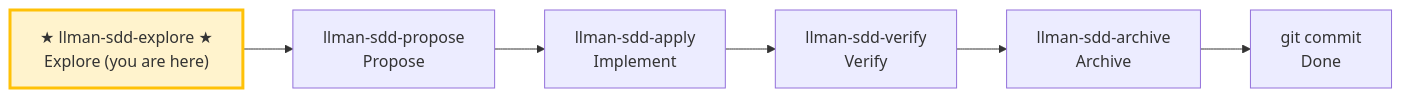
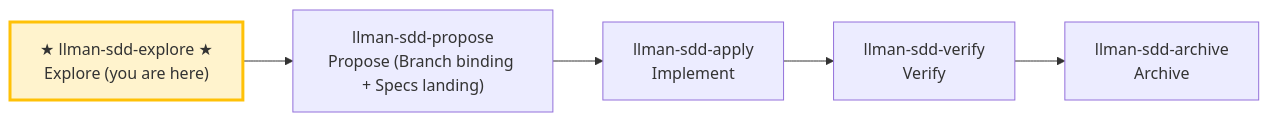
One commit to StrayDragon/dapz changed the diagram in .agents/skills/llman-sdd-explore/SKILL.md. Above: the diagram before and after it, drawn with Mermaid. The commit also changed other lines of this file and 31 other files, not shown here.

Commit message:
chore(sdd): migrate to single-track feature-as-spec (llman 0.0.68)

````diff
--- a/.agents/skills/llman-sdd-explore/SKILL.md
+++ b/.agents/skills/llman-sdd-explore/SKILL.md
@@ -22,11 +34,10 @@
 ```mermaid
 flowchart LR
     explore["★ llman-sdd-explore ★<br/>Explore (you are here)"]
-    explore --> propose["llman-sdd-propose<br/>Propose"]
+    explore --> propose["llman-sdd-propose<br/>Propose (Branch binding + Specs landing)"]
     propose --> apply["llman-sdd-apply<br/>Implement"]
     apply --> verify["llman-sdd-verify<br/>Verify"]
     verify --> archive["llman-sdd-archive<br/>Archive"]
-    archive --> commit["git commit<br/>Done"]
 
     style explore fill:#fff3cd,stroke:#ffc107,stroke-width:3px
 ```
````
